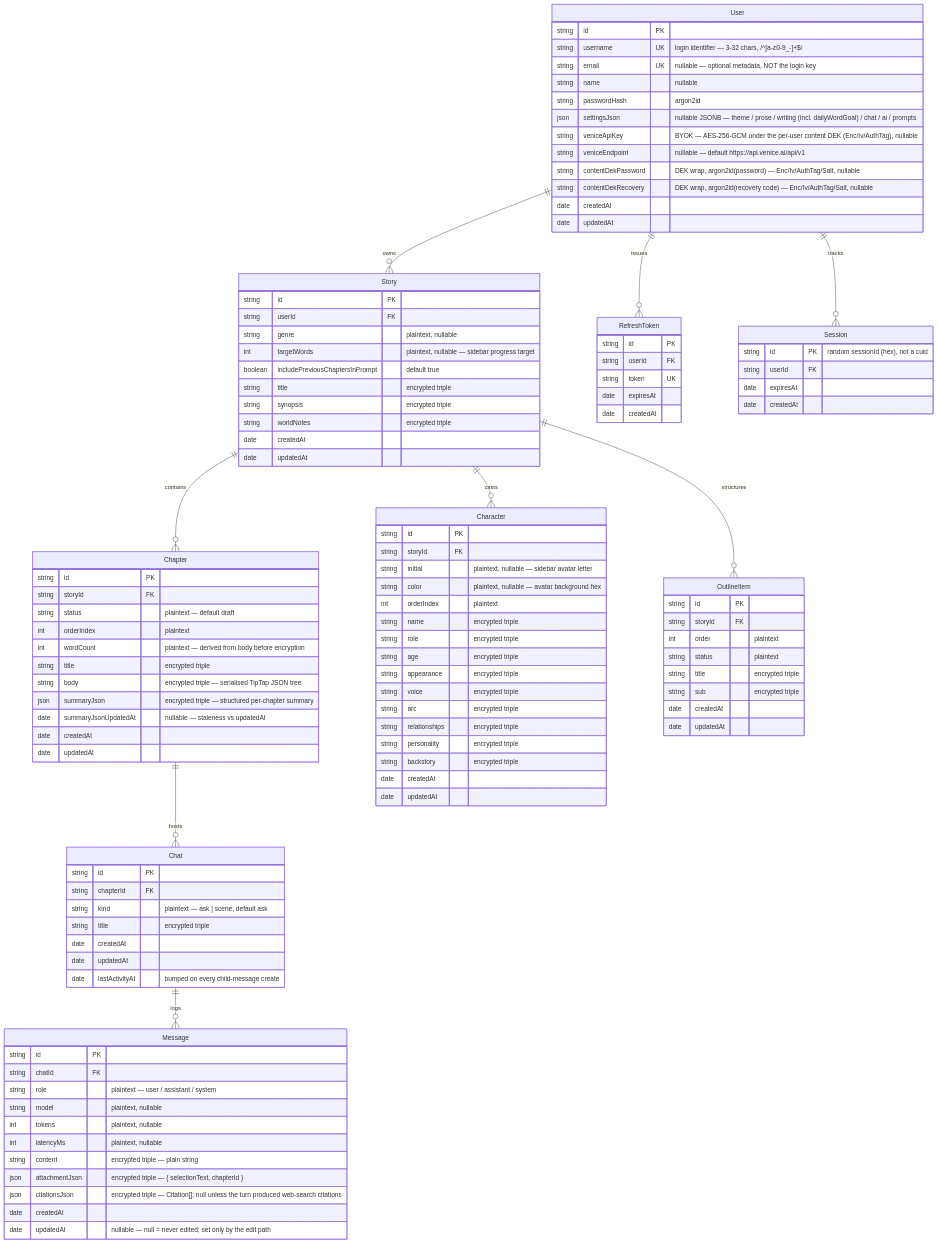
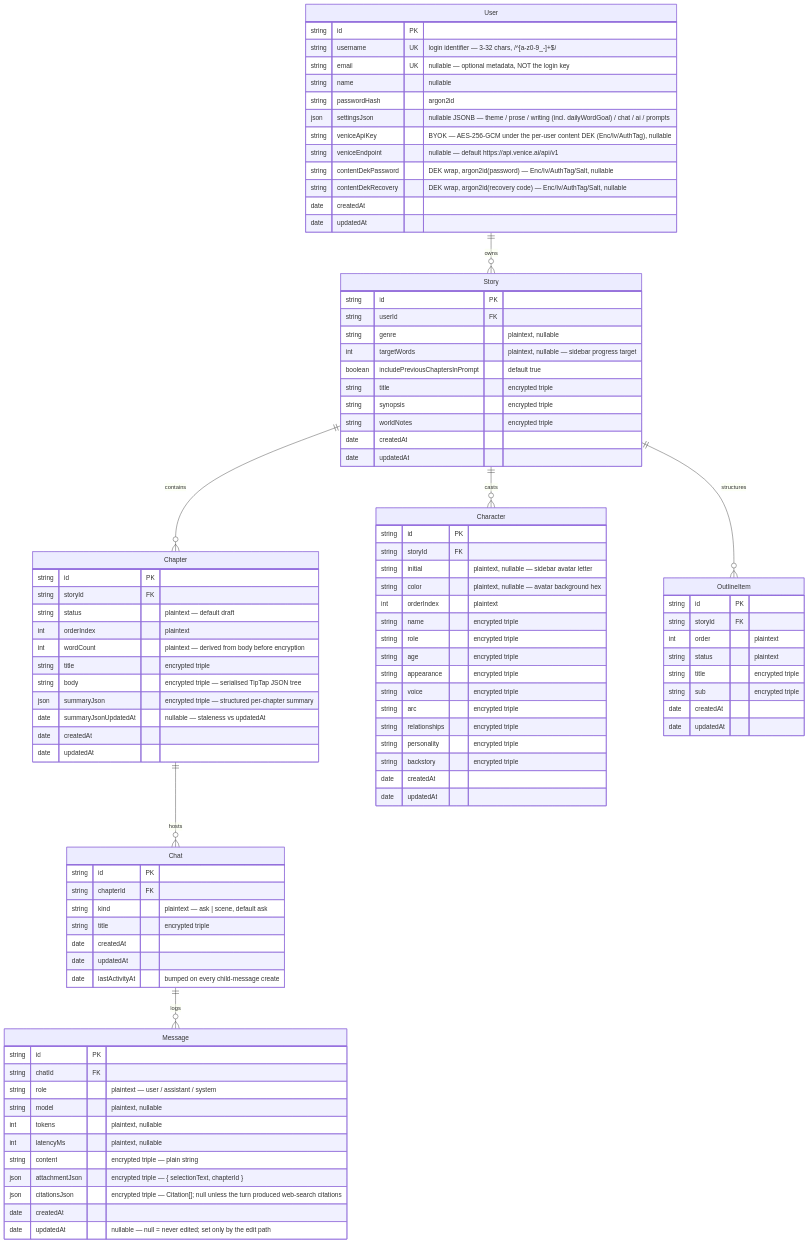
One commit to DoctorKomodo/ai-story-editor changed the diagram in docs/data-model.md. Above: the diagram before and after it, drawn with Mermaid. The commit also changed other lines of this file and 132 other files, not shown here.

First line of the commit message:
Cookie-session auth: opaque httpOnly session cookie, retire JWT_SECRET + REFRESH_TOKEN_SECRET (#140)

````diff
--- a/docs/data-model.md
+++ b/docs/data-model.md
@@ -11,8 +11,6 @@
 ```mermaid
 erDiagram
     User ||--o{ Story : owns
-    User ||--o{ RefreshToken : issues
-    User ||--o{ Session : tracks
     Story ||--o{ Chapter : contains
     Story ||--o{ Character : casts
     Story ||--o{ OutlineItem : structures
@@ -32,12 +30,6 @@
         string  contentDekRecovery "DEK wrap, argon2id(recovery code) — Enc/Iv/AuthTag/Salt, nullable"
         date    createdAt
         date    updatedAt
-    }
-    Session {
-        string  id PK "random sessionId (hex), not a cuid"
-        string  userId FK
-        date    expiresAt
-        date    createdAt
     }
     Story {
         string  id PK
@@ -114,11 +106,4 @@
         date    createdAt
         date    updatedAt "nullable — null = never edited; set only by the edit path"
     }
-    RefreshToken {
-        string  id PK
-        string  userId FK
-        string  token UK
-        date    expiresAt
-        date    createdAt
-    }
 ```
````
